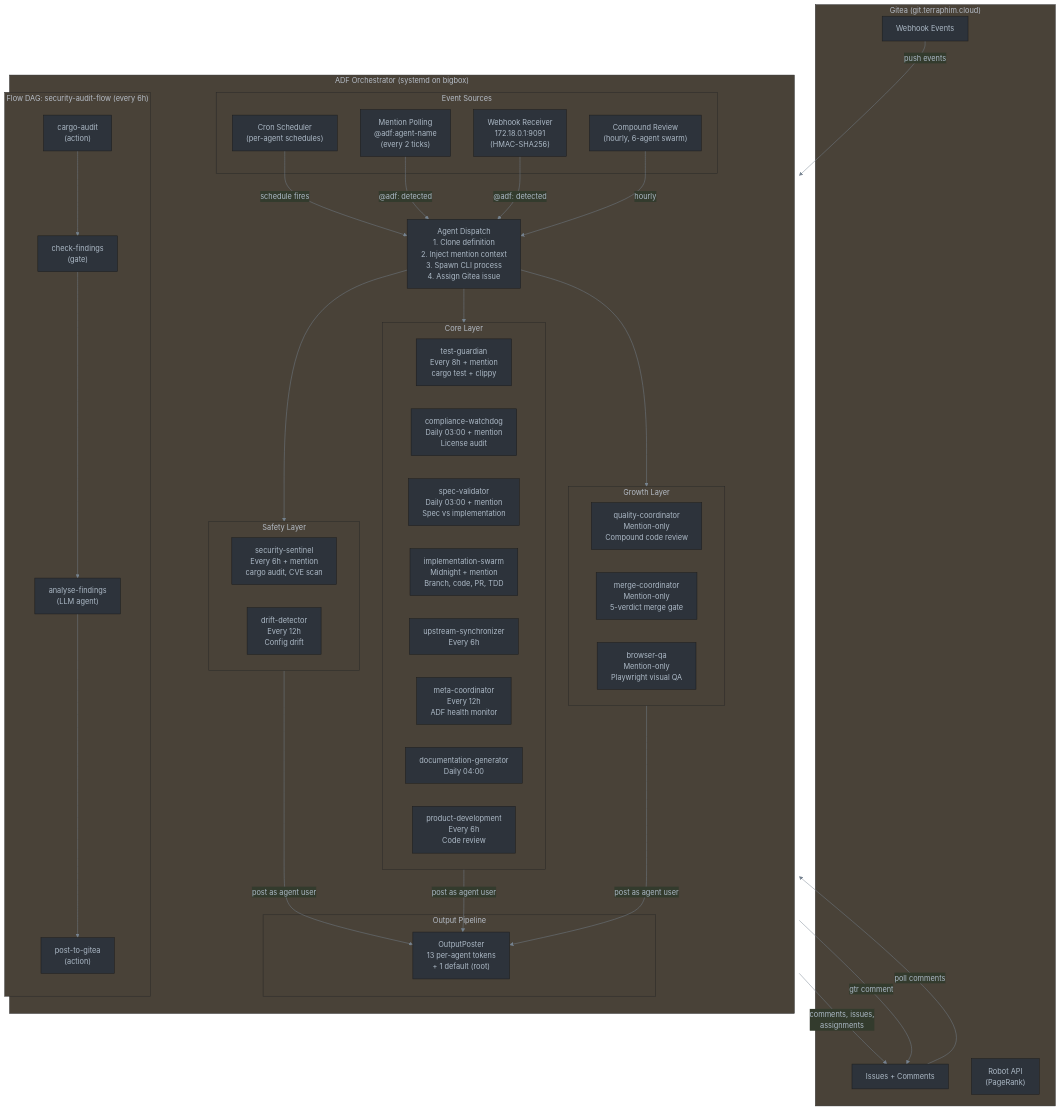
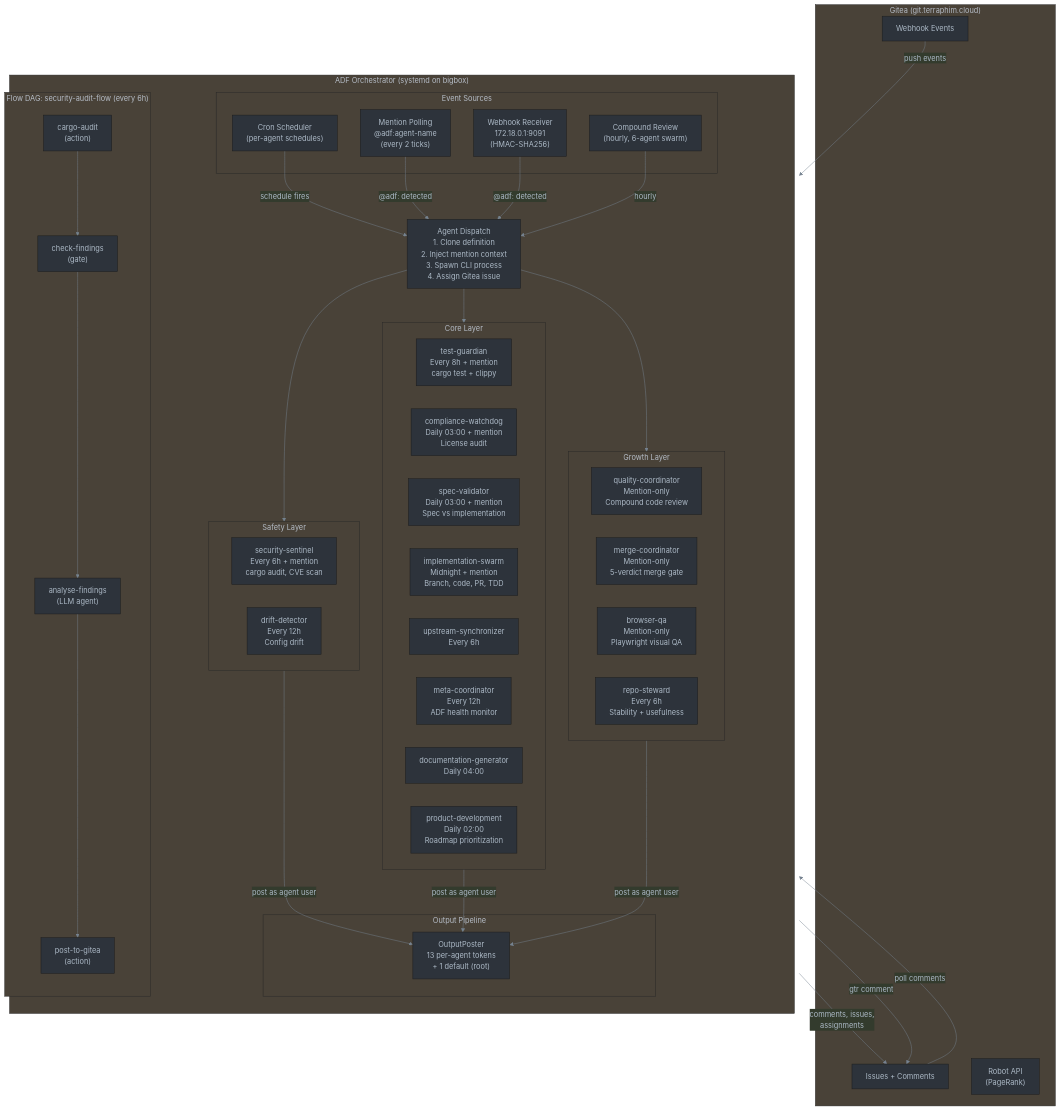
The first of 2 diagrams in .docs/adf-architecture.md (terraphim/terraphim-ai), drawn with Mermaid before and after one commit. The commit also changed other lines of this file and 34 other files, not shown here.

First line of the commit message:
feat(adf): normalize product-development and add repo-steward agent

````diff
--- a/.docs/adf-architecture.md
+++ b/.docs/adf-architecture.md
@@ -147,74 +154,75 @@
 ```mermaid
 %%{init: {'theme': 'base', 'themeVariables': {'primaryColor': '#2d333b', 'primaryTextColor': '#adbac7', 'lineColor': '#768390'}}}%%
 flowchart TB
     subgraph Gitea["Gitea (git.terraphim.cloud)"]
         issues["Issues + Comments"]
         webhook_out["Webhook Events"]
         robot_api["Robot API<br/>(PageRank)"]
     end
 
     subgraph ADF["ADF Orchestrator (systemd on bigbox)"]
         direction TB
 
         subgraph triggers["Event Sources"]
             mention["Mention Polling<br/>@adf:agent-name<br/>(every 2 ticks)"]
             webhook_in["Webhook Receiver<br/>172.18.0.1:9091<br/>(HMAC-SHA256)"]
             cron["Cron Scheduler<br/>(per-agent schedules)"]
             compound["Compound Review<br/>(hourly, 6-agent swarm)"]
         end
 
         dispatch["Agent Dispatch<br/>1. Clone definition<br/>2. Inject mention context<br/>3. Spawn CLI process<br/>4. Assign Gitea issue"]
 
         subgraph output["Output Pipeline"]
             poster["OutputPoster<br/>13 per-agent tokens<br/>+ 1 default (root)"]
         end
 
         subgraph safety["Safety Layer"]
             sentinel["security-sentinel<br/>Every 6h + mention<br/>cargo audit, CVE scan"]
             drift["drift-detector<br/>Every 12h<br/>Config drift"]
         end
 
         subgraph core["Core Layer"]
             test_g["test-guardian<br/>Every 8h + mention<br/>cargo test + clippy"]
             compliance["compliance-watchdog<br/>Daily 03:00 + mention<br/>License audit"]
             spec["spec-validator<br/>Daily 03:00 + mention<br/>Spec vs implementation"]
             impl["implementation-swarm<br/>Midnight + mention<br/>Branch, code, PR, TDD"]
             upstream["upstream-synchronizer<br/>Every 6h"]
             meta["meta-coordinator<br/>Every 12h<br/>ADF health monitor"]
             docs["documentation-generator<br/>Daily 04:00"]
-            product["product-development<br/>Every 6h<br/>Code review"]
+            product["product-development<br/>Daily 02:00<br/>Roadmap prioritization"]
         end
 
         subgraph growth["Growth Layer"]
             qc["quality-coordinator<br/>Mention-only<br/>Compound code review"]
             mc["merge-coordinator<br/>Mention-only<br/>5-verdict merge gate"]
             bqa["browser-qa<br/>Mention-only<br/>Playwright visual QA"]
+            rs["repo-steward<br/>Every 6h<br/>Stability + usefulness"]
         end
 
         subgraph flow["Flow DAG: security-audit-flow (every 6h)"]
             cargo_audit["cargo-audit<br/>(action)"]
             check["check-findings<br/>(gate)"]
             analyse["analyse-findings<br/>(LLM agent)"]
             post_gitea["post-to-gitea<br/>(action)"]
             cargo_audit --> check --> analyse --> post_gitea
         end
     end
 
     webhook_out -->|"push events"| webhook_in
     issues -->|"poll comments"| mention
     cron -->|"schedule fires"| dispatch
     mention -->|"@adf: detected"| dispatch
     webhook_in -->|"@adf: detected"| dispatch
     compound -->|"hourly"| dispatch
 
     dispatch --> safety
     dispatch --> core
     dispatch --> growth
 
     safety -->|"post as agent user"| poster
     core -->|"post as agent user"| poster
     growth -->|"post as agent user"| poster
     poster -->|"comments, issues,<br/>assignments"| issues
 
     post_gitea -->|"gtr comment"| issues
 ```
````
